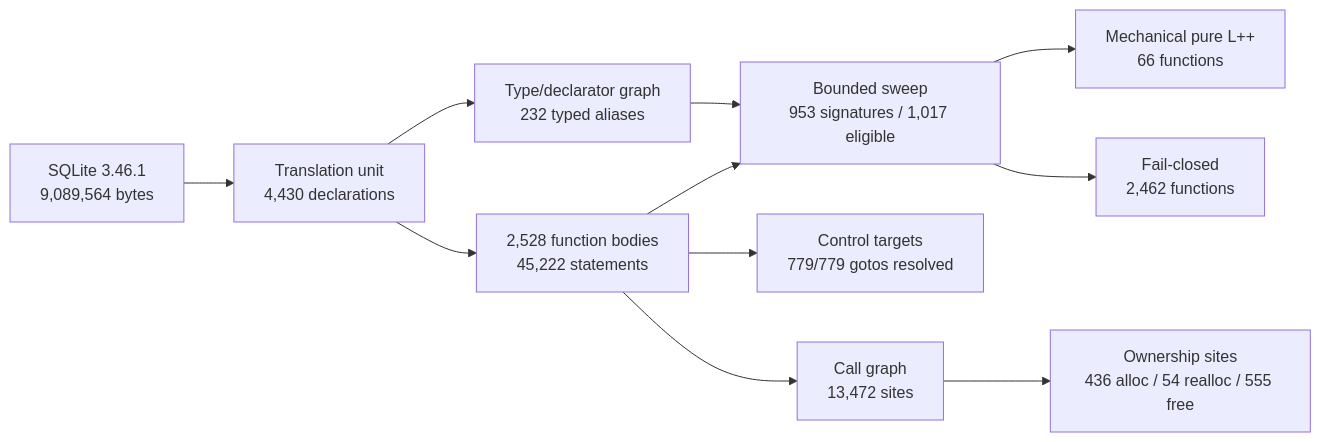
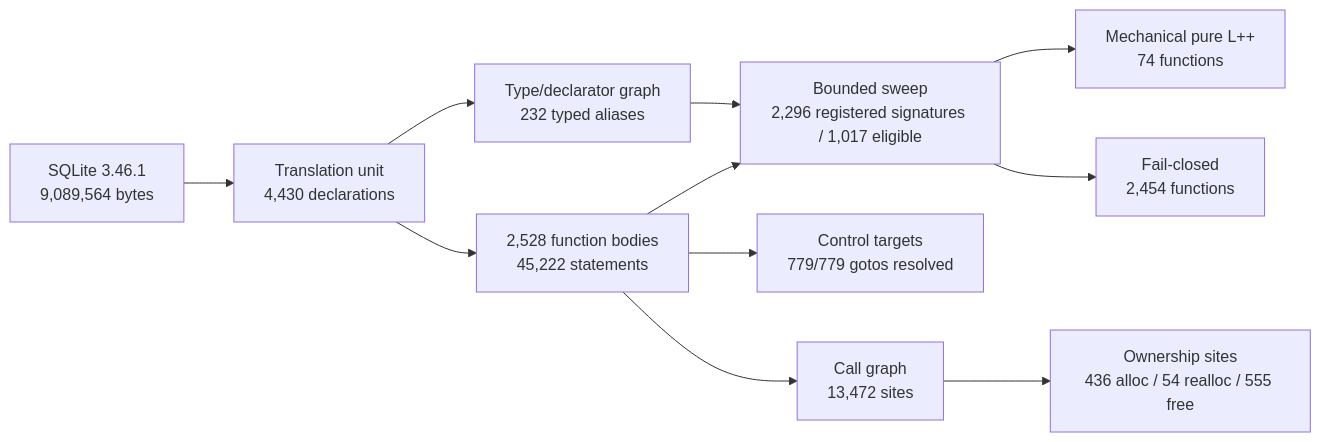
Before and after one commit to samarnever-droid/lplusplus: the diagram in packages/lpp-bindgen/docs/GRAPH_VISUALIZATION.md, drawn with Mermaid. The commit also changed other lines of this file and 356 other files, not shown here.

````diff
--- a/packages/lpp-bindgen/docs/GRAPH_VISUALIZATION.md
+++ b/packages/lpp-bindgen/docs/GRAPH_VISUALIZATION.md
@@ -11,24 +11,24 @@
 ```mermaid
 flowchart LR
     C[SQLite 3.46.1\n9,089,564 bytes]
     TU[Translation unit\n4,430 declarations]
     TY[Type/declarator graph\n232 typed aliases]
     FN[2,528 function bodies\n45,222 statements]
     CALL[Call graph\n13,472 sites]
     CFG[Control targets\n779/779 gotos resolved]
     OWN[Ownership sites\n436 alloc / 54 realloc / 555 free]
-    CAND[Bounded sweep\n953 signatures / 1,017 eligible]
-    OK[Mechanical pure L++\n66 functions]
-    NO[Fail-closed\n2,462 functions]
+    CAND[Bounded sweep\n2,296 registered signatures / 1,017 eligible]
+    OK[Mechanical pure L++\n74 functions]
+    NO[Fail-closed\n2,454 functions]
 
     C --> TU
     TU --> TY
     TU --> FN
     FN --> CALL
     FN --> CFG
     CALL --> OWN
     TY --> CAND
     FN --> CAND
     CAND --> OK
     CAND --> NO
 ```
````
